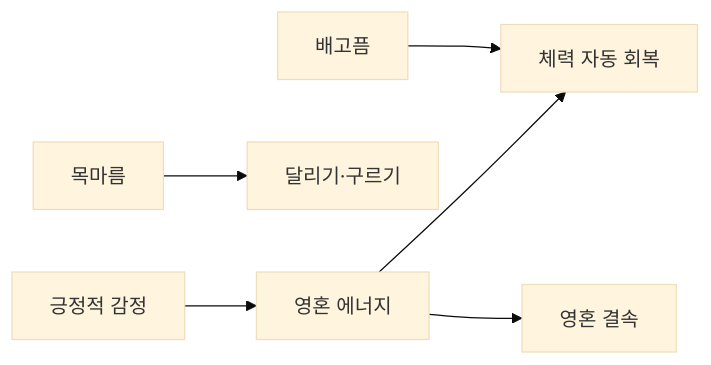
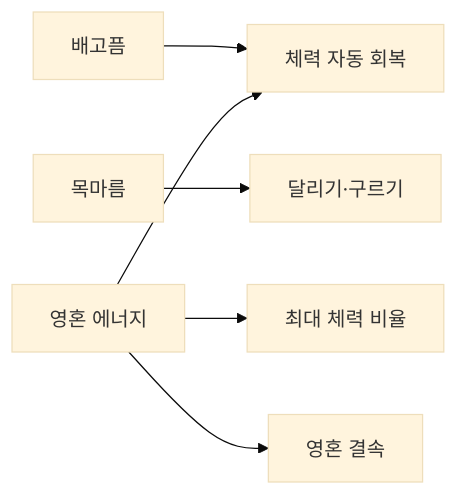
Before and after one commit to liang2papa/Astra_Docs: the diagram in Wiki/02_게임 기획/시스템 기획/생존 시스템.md, drawn with Mermaid (base theme). The commit also changed other lines of this file and 137 other files, not shown here.

````diff
--- a/Wiki/02_게임 기획/시스템 기획/생존 시스템.md
+++ b/Wiki/02_게임 기획/시스템 기획/생존 시스템.md
@@ -3,8 +3,8 @@
 ```mermaid
 flowchart LR
     Food["배고픔"] --> Health["체력 자동 회복"]
     Water["목마름"] --> Move["달리기·구르기"]
-    Emotion["긍정적 감정"] --> Soul["영혼 에너지"]
+    Soul["영혼 에너지"] --> MaxHealth["최대 체력 비율"]
     Soul --> Health
     Soul --> Link["영혼 결속"]
 ```
````
